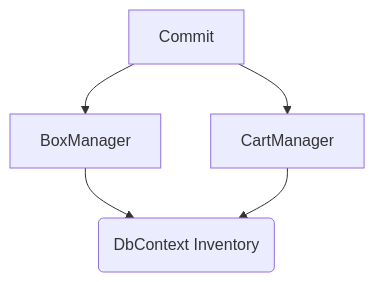
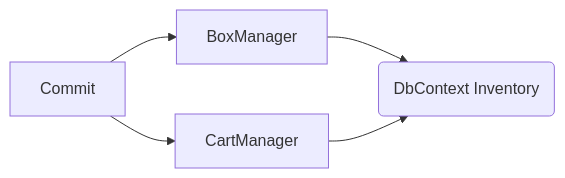
The second of 4 diagrams in README.md (sageikosa/Phaneritic), drawn with Mermaid before and after one commit. The commit also changed other lines of this file, not shown here.

Commit message:
changed graphs to LR for compactness

````diff
--- a/README.md
+++ b/README.md
@@ -37,7 +37,7 @@
 ```mermaid
-graph TD;
+graph LR;
 Commit-->BoxManager
 Commit-->CartManager
 BoxManager-->DbContext(DbContext Inventory)
 CartManager-->DbContext
 ```
````
